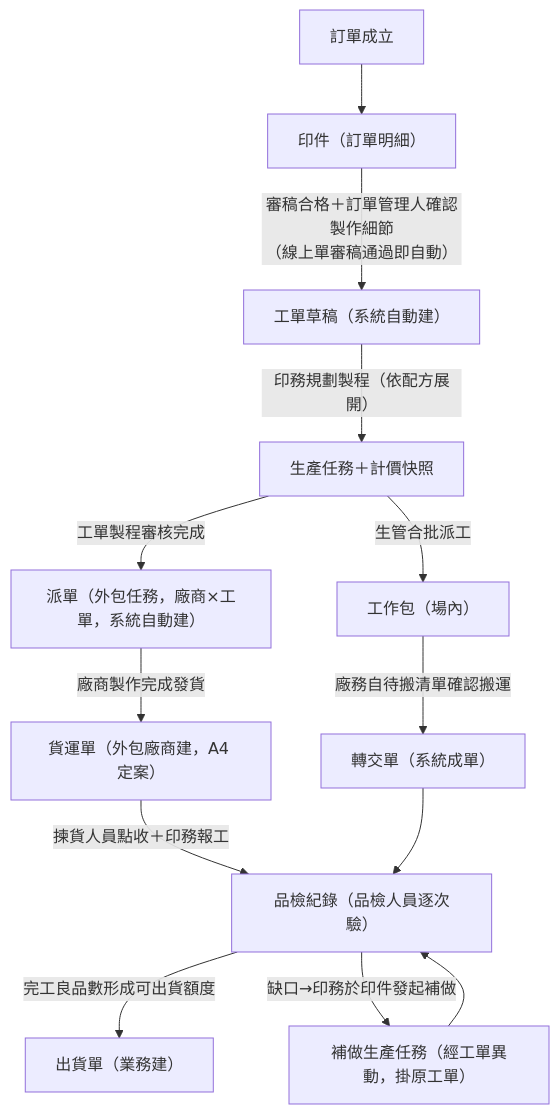
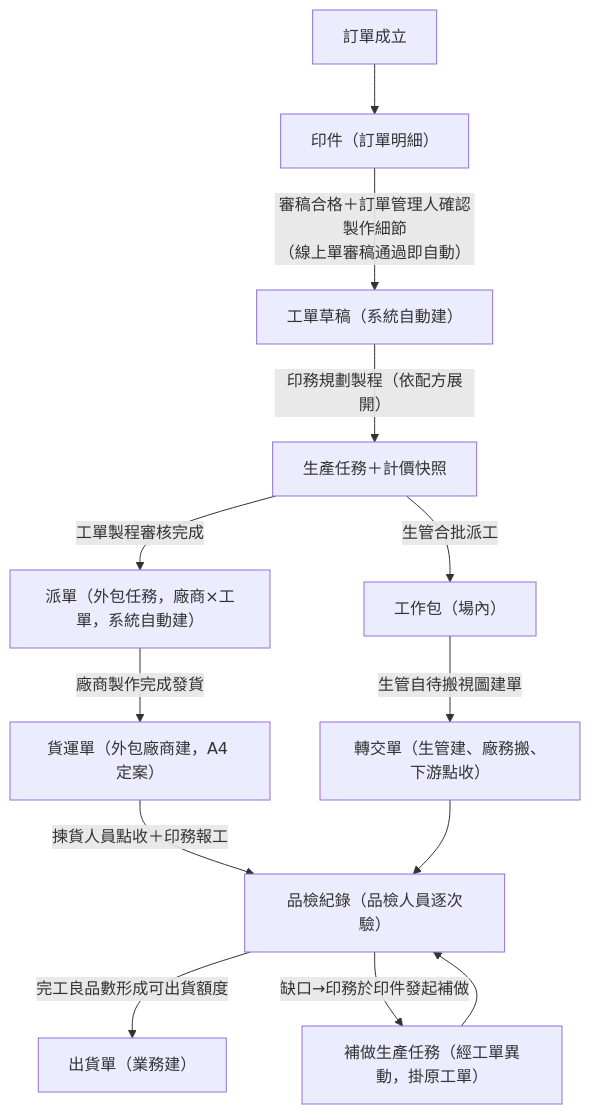
One commit to Kawato-Miles/erp-spec changed the second of 4 diagrams in memory/Sens_wiki/wiki/erp/05-entities/生產領域資料結構總覽.md. Above: the diagram before and after it, drawn with Mermaid. The commit also changed other lines of this file and 38 other files, not shown here.

````diff
--- a/memory/Sens_wiki/wiki/erp/05-entities/生產領域資料結構總覽.md
+++ b/memory/Sens_wiki/wiki/erp/05-entities/生產領域資料結構總覽.md
@@ -56,15 +57,15 @@
 ```mermaid
 flowchart TD
     A["訂單成立"] --> B["印件（訂單明細）"]
     B -->|"審稿合格＋訂單管理人確認製作細節<br>（線上單審稿通過即自動）"| C["工單草稿（系統自動建）"]
     C -->|"印務規劃製程（依配方展開）"| D["生產任務＋計價快照"]
     D -->|"工單製程審核完成"| E["派單（外包任務，廠商×工單，系統自動建）"]
     D -->|"生管合批派工"| F["工作包（場內）"]
     E -->|"廠商製作完成發貨"| G["貨運單（外包廠商建，A4 定案）"]
-    F -->|"廠務自待搬清單確認搬運"| H["轉交單（系統成單）"]
+    F -->|"生管自待搬視圖建單"| H["轉交單（生管建、廠務搬、下游點收）"]
     G -->|"揀貨人員點收＋印務報工"| I["品檢紀錄（品檢人員逐次驗）"]
     H --> I
     I -->|"完工良品數形成可出貨額度"| J["出貨單（業務建）"]
     I -->|"缺口→印務於印件發起補做"| K["補做生產任務（經工單異動，掛原工單）"]
     K --> I
 ```
````
